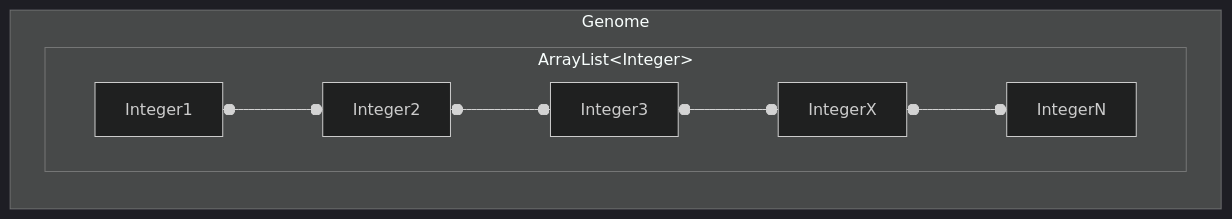
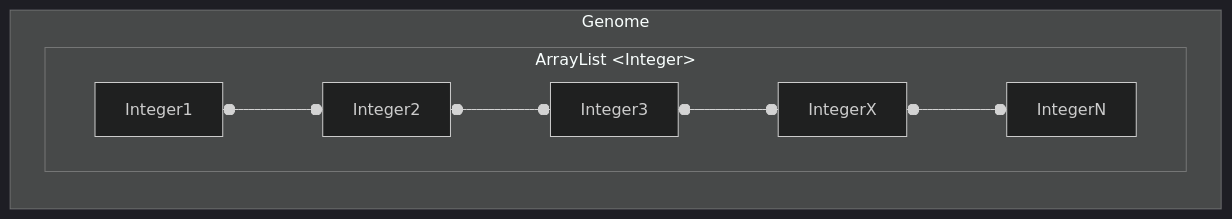
The diagram in src/main/java/org/soyaga/examples/NQueenProblem/AdHocGA/README.md (SergioOyaga/GeneticAlgorithmExamples), drawn with Mermaid (dark theme) before and after one commit. The commit also changed other lines of this file and 6 other files, not shown here.

`````diff
--- a/src/main/java/org/soyaga/examples/NQueenProblem/AdHocGA/README.md
+++ b/src/main/java/org/soyaga/examples/NQueenProblem/AdHocGA/README.md
@@ -37,8 +37,8 @@
 ````mermaid
 flowchart LR
     subgraph  ide0 [Genome]
-        subgraph ide1 [ArrayList&ltInteger&gt]
+        subgraph ide1 [ArrayList &ltInteger&gt]
             Integer1 o--o Integer2 o--o Integer3 o--o IntegerX o--o IntegerN
         end
     end
 ````
`````
